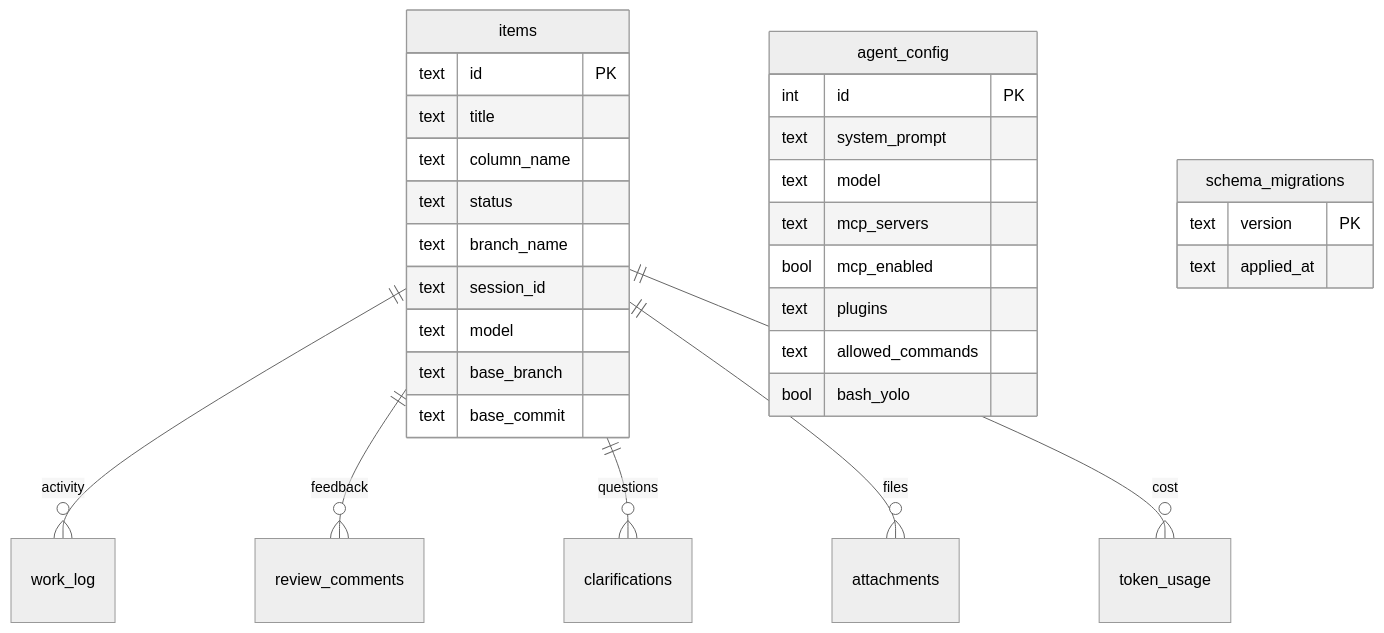
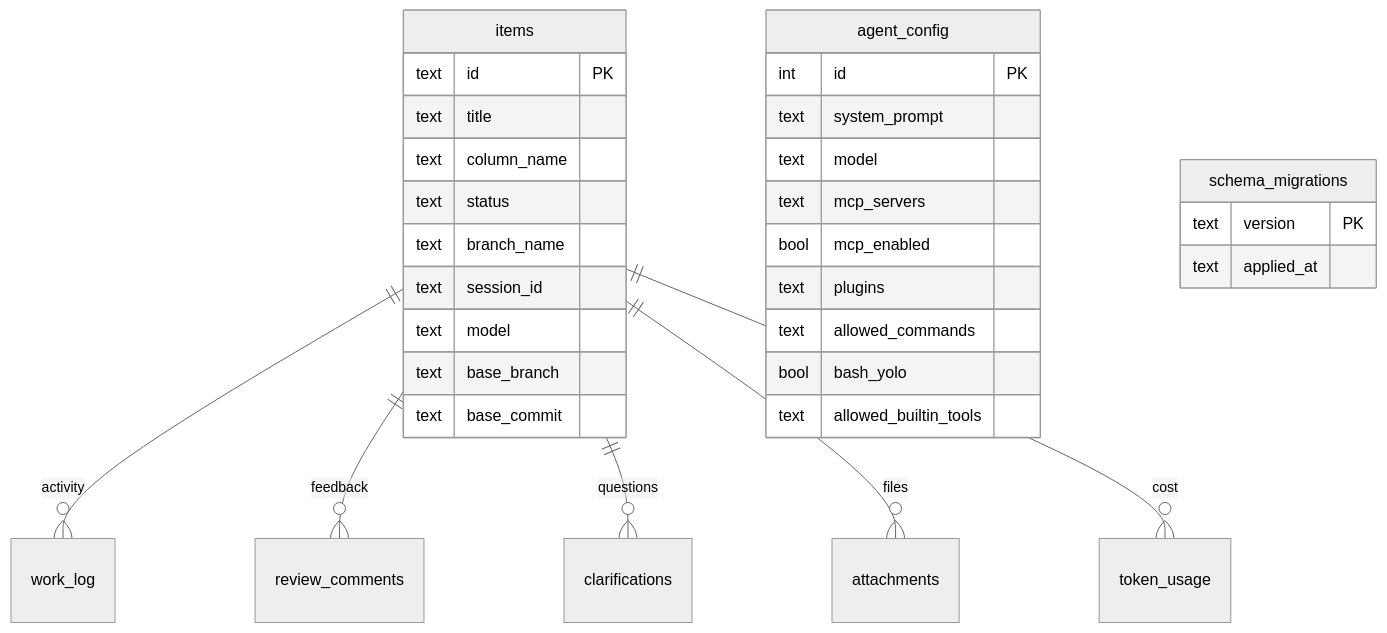
Before and after one commit to epatel/claude-agents-dashboard: the third of 3 diagrams in CLAUDE.md, drawn with Mermaid (neutral theme). The commit also changed other lines of this file and 8 other files, not shown here.

````diff
--- a/CLAUDE.md
+++ b/CLAUDE.md
@@ -240,36 +242,37 @@
 ```mermaid
 erDiagram
     items ||--o{ work_log : "activity"
     items ||--o{ review_comments : "feedback"
     items ||--o{ clarifications : "questions"
     items ||--o{ attachments : "files"
     items ||--o{ token_usage : "cost"
 
     items {
         text id PK
         text title
         text column_name
         text status
         text branch_name
         text session_id
         text model
         text base_branch
         text base_commit
     }
 
     agent_config {
         int id PK
         text system_prompt
         text model
         text mcp_servers
         bool mcp_enabled
         text plugins
         text allowed_commands
         bool bash_yolo
+        text allowed_builtin_tools
     }
 
     schema_migrations {
         text version PK
         text applied_at
     }
 ```
````
